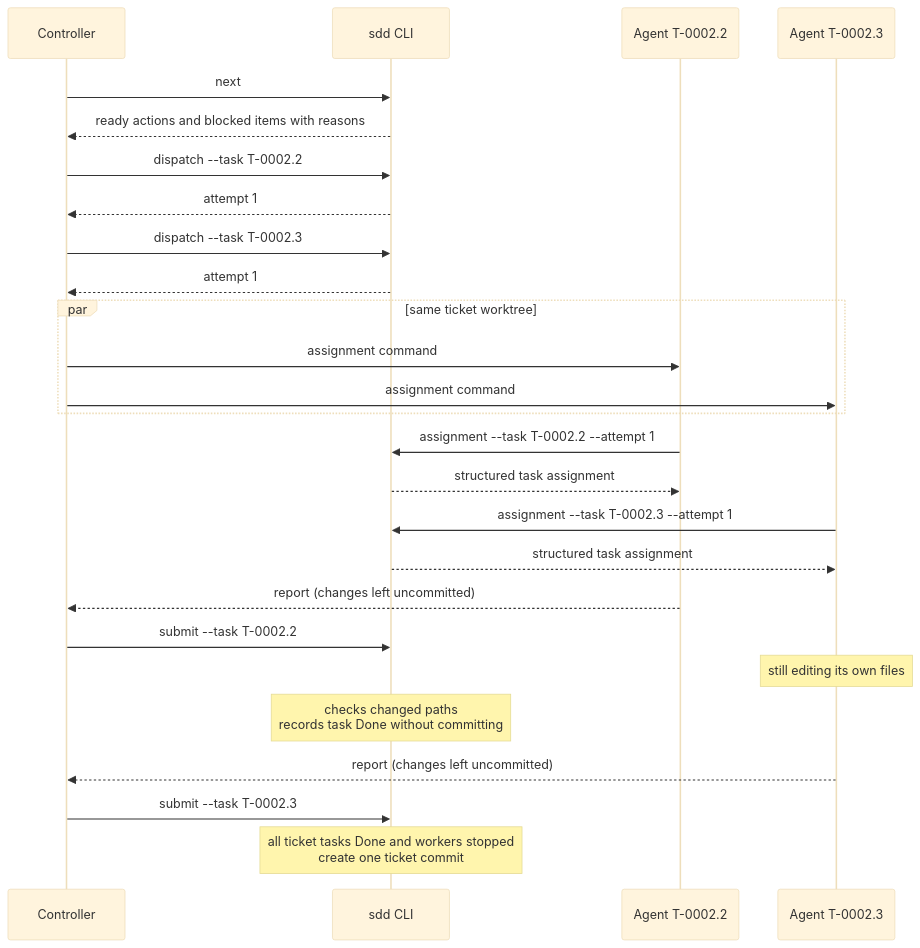
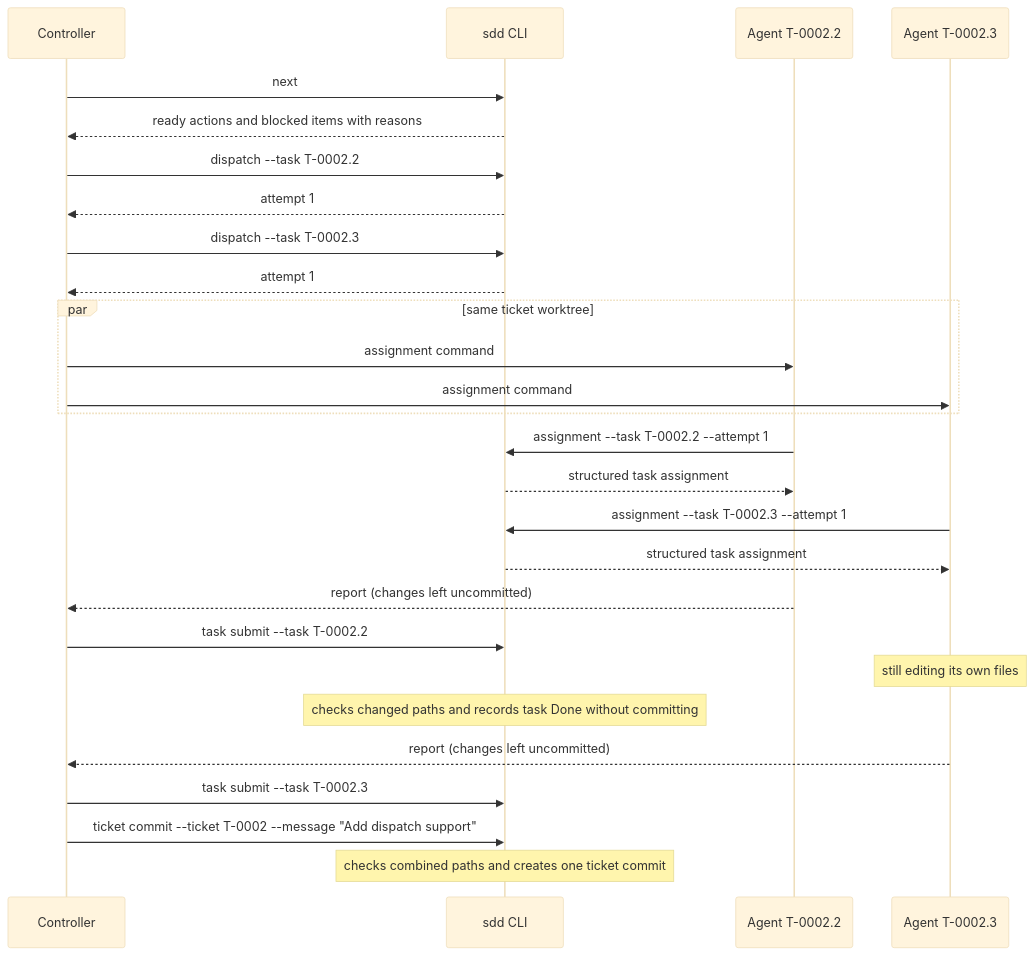
Before and after one commit to UseTheFork/spindle: the third of 7 diagrams in SDD-WORKFLOWS.md, drawn with Mermaid (base theme). The commit also changed other lines of this file, not shown here.

Commit message:
feat: clarify ticket commit process and task submission commands

````diff
--- a/SDD-WORKFLOWS.md
+++ b/SDD-WORKFLOWS.md
@@ -186,28 +187,29 @@
 ```mermaid
 sequenceDiagram
     participant C as Controller
     participant CLI as sdd CLI
     participant W1 as Agent T-0002.2
     participant W2 as Agent T-0002.3
     C->>CLI: next
     CLI-->>C: ready actions and blocked items with reasons
     C->>CLI: dispatch --task T-0002.2
     CLI-->>C: attempt 1
     C->>CLI: dispatch --task T-0002.3
     CLI-->>C: attempt 1
     par same ticket worktree
         C->>W1: assignment command
         C->>W2: assignment command
     end
     W1->>CLI: assignment --task T-0002.2 --attempt 1
     CLI-->>W1: structured task assignment
     W2->>CLI: assignment --task T-0002.3 --attempt 1
     CLI-->>W2: structured task assignment
     W1-->>C: report (changes left uncommitted)
-    C->>CLI: submit --task T-0002.2
+    C->>CLI: task submit --task T-0002.2
     Note over W2: still editing its own files
-    Note over CLI: checks changed paths<br/>records task Done without committing
+    Note over CLI: checks changed paths and records task Done without committing
     W2-->>C: report (changes left uncommitted)
-    C->>CLI: submit --task T-0002.3
-    Note over CLI: all ticket tasks Done and workers stopped<br/>create one ticket commit
+    C->>CLI: task submit --task T-0002.3
+    C->>CLI: ticket commit --ticket T-0002 --message "Add dispatch support"
+    Note over CLI: checks combined paths and creates one ticket commit
 ```
````
